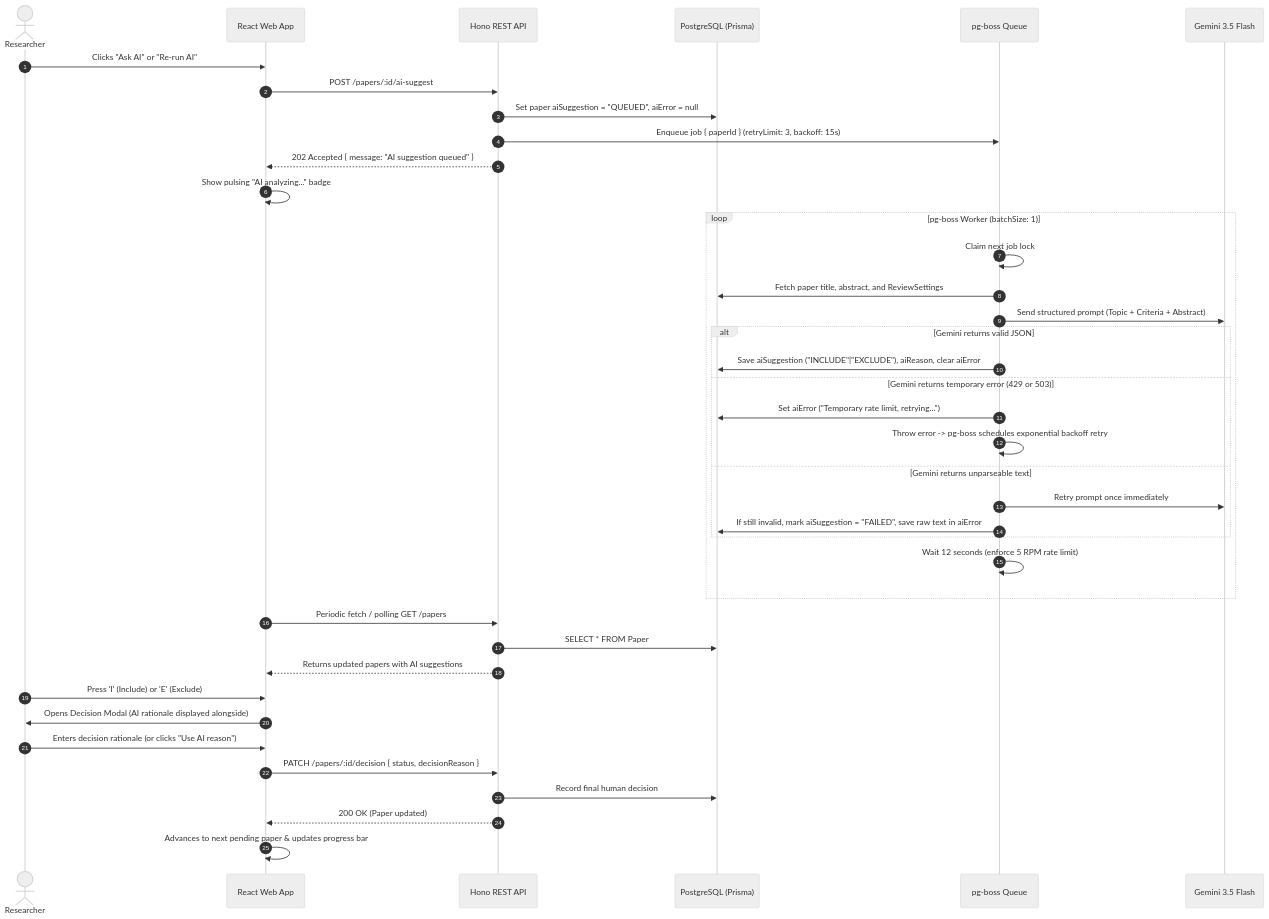
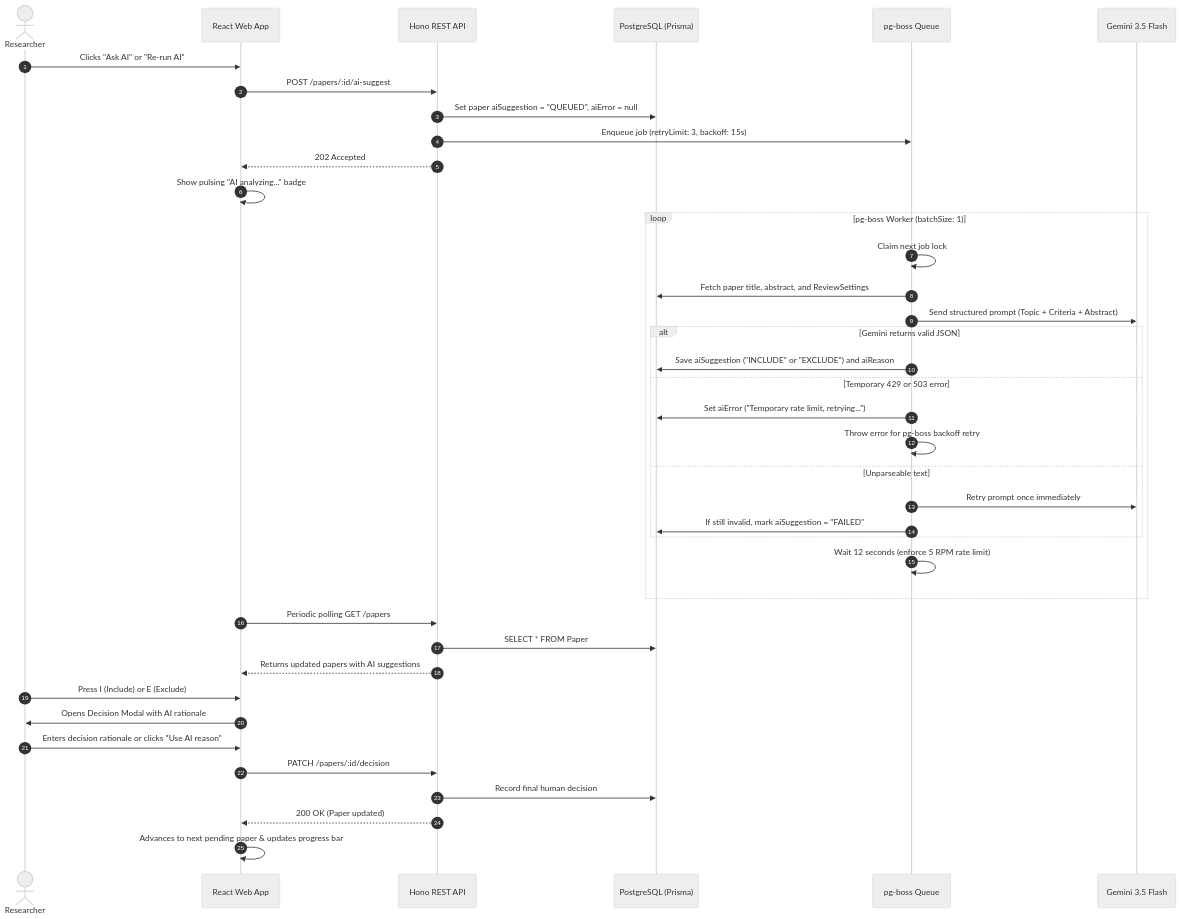
Before and after one commit to Harshith404/mini-relis: the second of 2 diagrams in README.md, drawn with Mermaid (neutral theme). The commit also changed other lines of this file, not shown here.

Commit message:
fix: resolve Mermaid diagram syntax for GitHub renderer

````diff
--- a/README.md
+++ b/README.md
@@ -123,44 +124,44 @@
 ```mermaid
 sequenceDiagram
     autonumber
     actor Reviewer as Researcher
     participant UI as React Web App
     participant API as Hono REST API
     participant DB as PostgreSQL (Prisma)
     participant Q as pg-boss Queue
     participant LLM as Gemini 3.5 Flash
 
     Reviewer->>UI: Clicks "Ask AI" or "Re-run AI"
     UI->>API: POST /papers/:id/ai-suggest
     API->>DB: Set paper aiSuggestion = "QUEUED", aiError = null
-    API->>Q: Enqueue job { paperId } (retryLimit: 3, backoff: 15s)
-    API-->>UI: 202 Accepted { message: "AI suggestion queued" }
+    API->>Q: Enqueue job (retryLimit: 3, backoff: 15s)
+    API-->>UI: 202 Accepted
     UI->>UI: Show pulsing "AI analyzing..." badge
 
     loop pg-boss Worker (batchSize: 1)
         Q->>Q: Claim next job lock
         Q->>DB: Fetch paper title, abstract, and ReviewSettings
         Q->>LLM: Send structured prompt (Topic + Criteria + Abstract)
         alt Gemini returns valid JSON
-            Q->>DB: Save aiSuggestion ("INCLUDE"|"EXCLUDE"), aiReason, clear aiError
-        else Gemini returns temporary error (429 or 503)
+            Q->>DB: Save aiSuggestion ("INCLUDE" or "EXCLUDE") and aiReason
+        else Temporary 429 or 503 error
             Q->>DB: Set aiError ("Temporary rate limit, retrying...")
-            Q->>Q: Throw error -> pg-boss schedules exponential backoff retry
-        else Gemini returns unparseable text
+            Q->>Q: Throw error for pg-boss backoff retry
+        else Unparseable text
             Q->>LLM: Retry prompt once immediately
-            Q->>DB: If still invalid, mark aiSuggestion = "FAILED", save raw text in aiError
+            Q->>DB: If still invalid, mark aiSuggestion = "FAILED"
         end
         Q->>Q: Wait 12 seconds (enforce 5 RPM rate limit)
     end
 
-    UI->>API: Periodic fetch / polling GET /papers
+    UI->>API: Periodic polling GET /papers
     API->>DB: SELECT * FROM Paper
     API-->>UI: Returns updated papers with AI suggestions
-    Reviewer->>UI: Press 'I' (Include) or 'E' (Exclude)
-    UI->>Reviewer: Opens Decision Modal (AI rationale displayed alongside)
-    Reviewer->>UI: Enters decision rationale (or clicks "Use AI reason")
-    UI->>API: PATCH /papers/:id/decision { status, decisionReason }
+    Reviewer->>UI: Press I (Include) or E (Exclude)
+    UI->>Reviewer: Opens Decision Modal with AI rationale
+    Reviewer->>UI: Enters decision rationale or clicks "Use AI reason"
+    UI->>API: PATCH /papers/:id/decision
     API->>DB: Record final human decision
     API-->>UI: 200 OK (Paper updated)
     UI->>UI: Advances to next pending paper & updates progress bar
 ```
````
